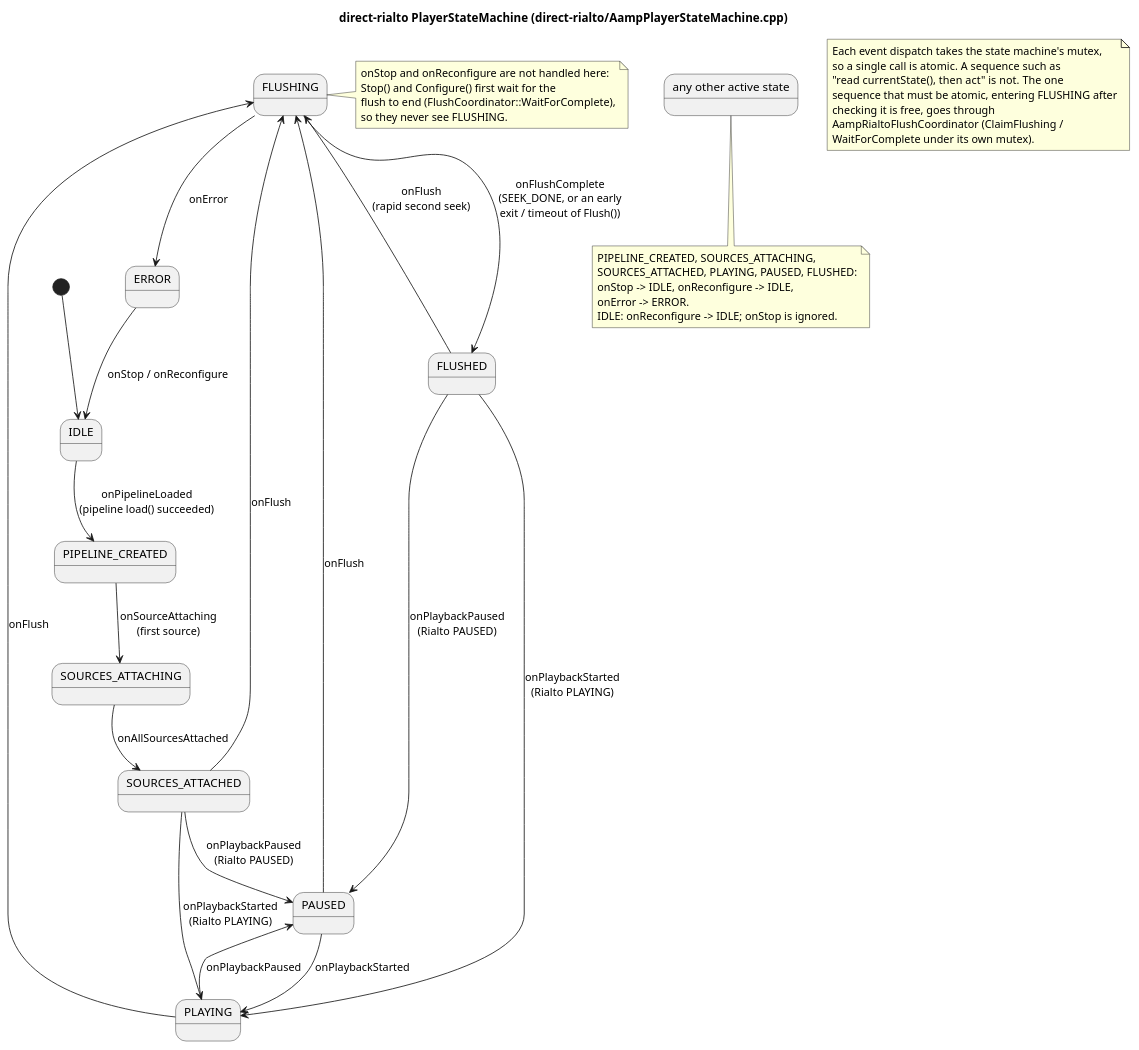
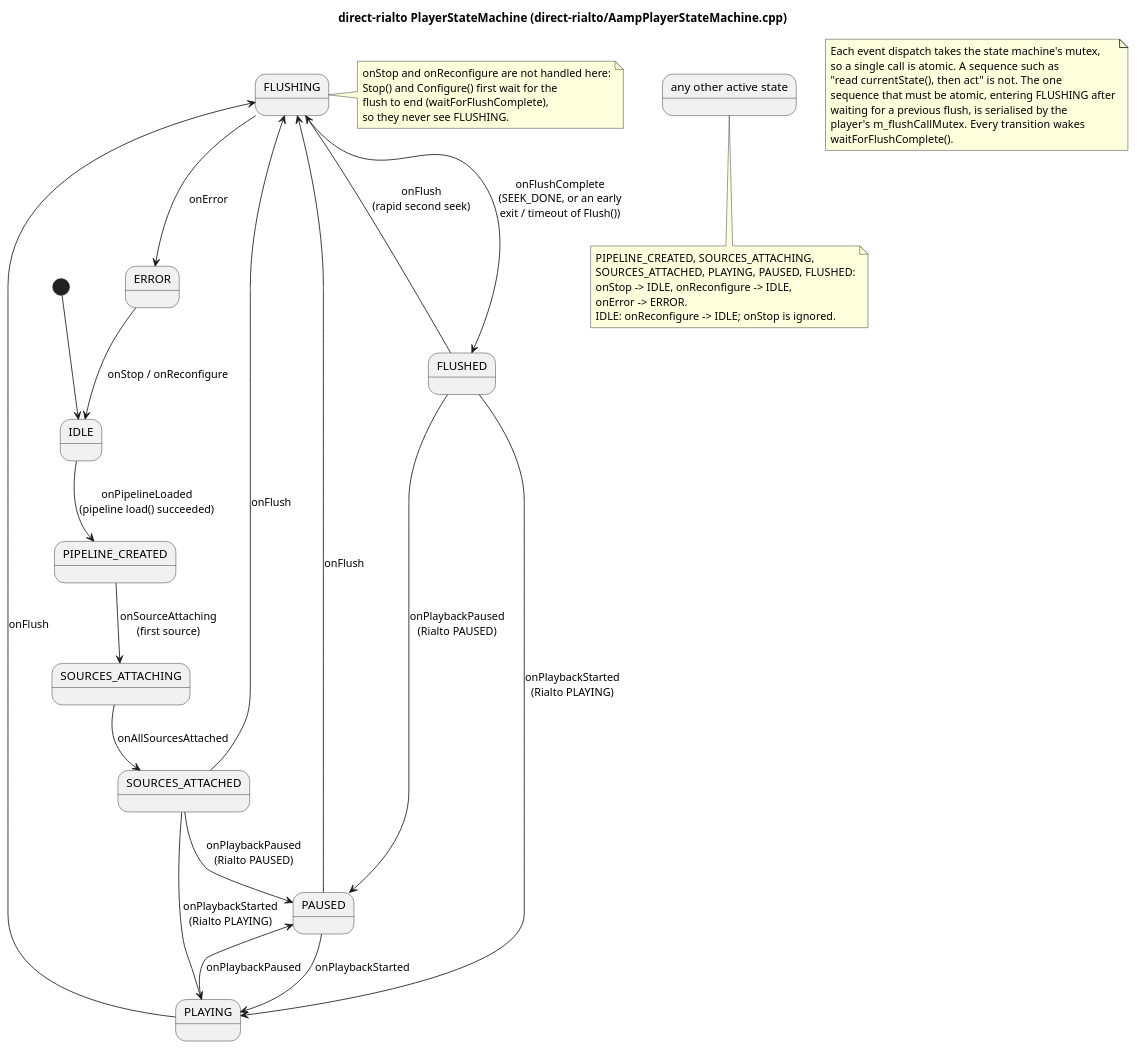
Before and after one commit to rdkcentral/aamp: the diagram in docs/diagrams/direct-rialto-state-machine.puml, drawn with PlantUML. The commit also changed 17 other files, not shown here.

First line of the commit message:
Fold the flush wait into PlayerStateMachine

```diff
--- a/docs/diagrams/direct-rialto-state-machine.puml
+++ b/docs/diagrams/direct-rialto-state-machine.puml
@@ -18,52 +18,52 @@
 @startuml direct-rialto-state-machine
 title direct-rialto PlayerStateMachine (direct-rialto/AampPlayerStateMachine.cpp)
 
 [*] --> IDLE
 
 IDLE --> PIPELINE_CREATED : onPipelineLoaded\n(pipeline load() succeeded)
 PIPELINE_CREATED --> SOURCES_ATTACHING : onSourceAttaching\n(first source)
 SOURCES_ATTACHING --> SOURCES_ATTACHED : onAllSourcesAttached
 
 SOURCES_ATTACHED --> PLAYING : onPlaybackStarted\n(Rialto PLAYING)
 SOURCES_ATTACHED --> PAUSED : onPlaybackPaused\n(Rialto PAUSED)
 PLAYING --> PAUSED : onPlaybackPaused
 PAUSED --> PLAYING : onPlaybackStarted
 
 SOURCES_ATTACHED --> FLUSHING : onFlush
 PLAYING --> FLUSHING : onFlush
 PAUSED --> FLUSHING : onFlush
 FLUSHED --> FLUSHING : onFlush\n(rapid second seek)
 
 FLUSHING --> FLUSHED : onFlushComplete\n(SEEK_DONE, or an early\nexit / timeout of Flush())
 FLUSHED --> PLAYING : onPlaybackStarted\n(Rialto PLAYING)
 FLUSHED --> PAUSED : onPlaybackPaused\n(Rialto PAUSED)
 
 FLUSHING --> ERROR : onError
 note right of FLUSHING
   onStop and onReconfigure are not handled here:
   Stop() and Configure() first wait for the
-  flush to end (FlushCoordinator::WaitForComplete),
+  flush to end (waitForFlushComplete),
   so they never see FLUSHING.
 end note
 
 ERROR --> IDLE : onStop / onReconfigure
 
 state "any other active state" as ACTIVE
 note bottom of ACTIVE
   PIPELINE_CREATED, SOURCES_ATTACHING,
   SOURCES_ATTACHED, PLAYING, PAUSED, FLUSHED:
   onStop -> IDLE, onReconfigure -> IDLE,
   onError -> ERROR.
   IDLE: onReconfigure -> IDLE; onStop is ignored.
 end note
 
 note as THREADING
   Each event dispatch takes the state machine's mutex,
   so a single call is atomic.  A sequence such as
   "read currentState(), then act" is not.  The one
   sequence that must be atomic, entering FLUSHING after
-  checking it is free, goes through
-  AampRialtoFlushCoordinator (ClaimFlushing /
-  WaitForComplete under its own mutex).
+  waiting for a previous flush, is serialised by the
+  player's m_flushCallMutex.  Every transition wakes
+  waitForFlushComplete().
 end note
 @enduml
```
